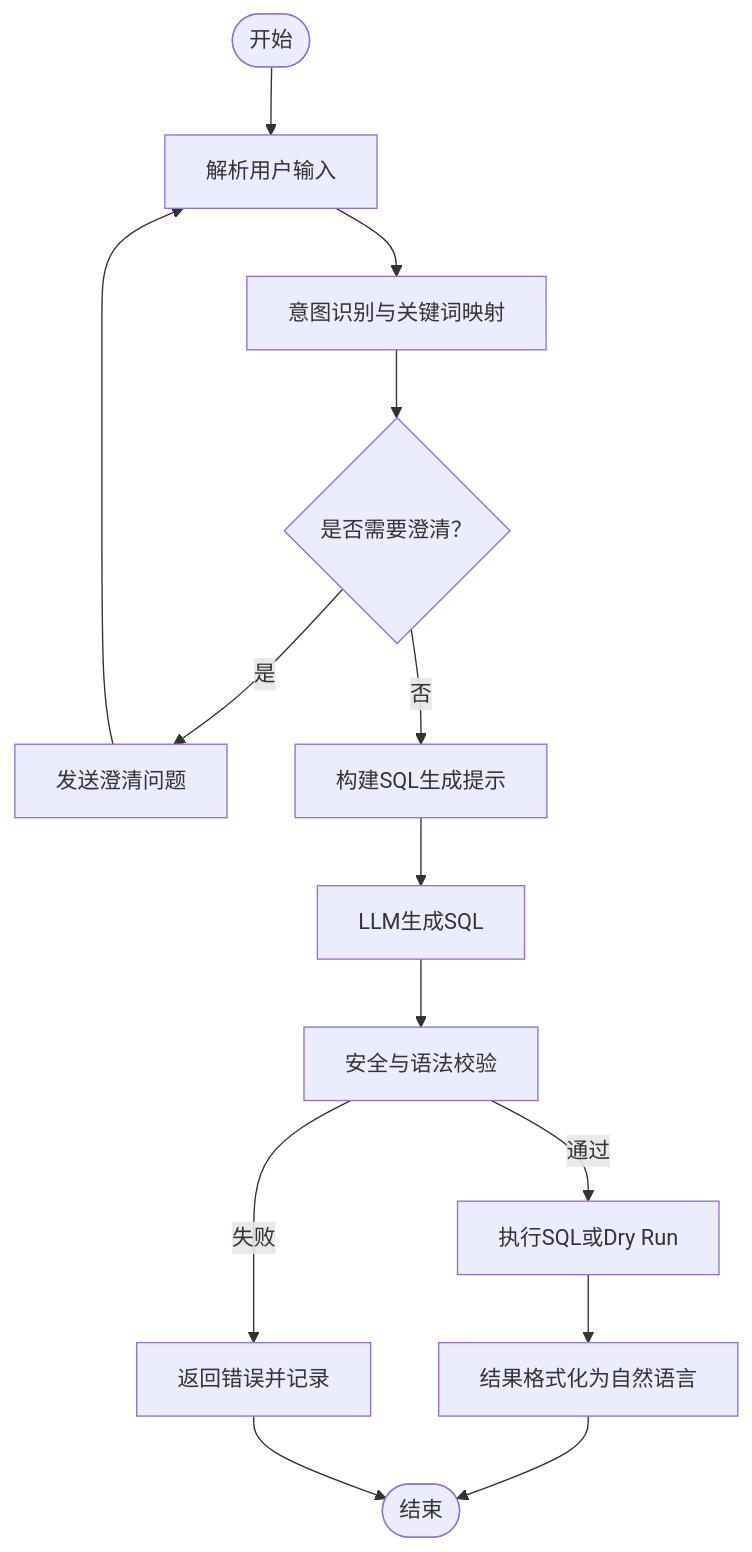
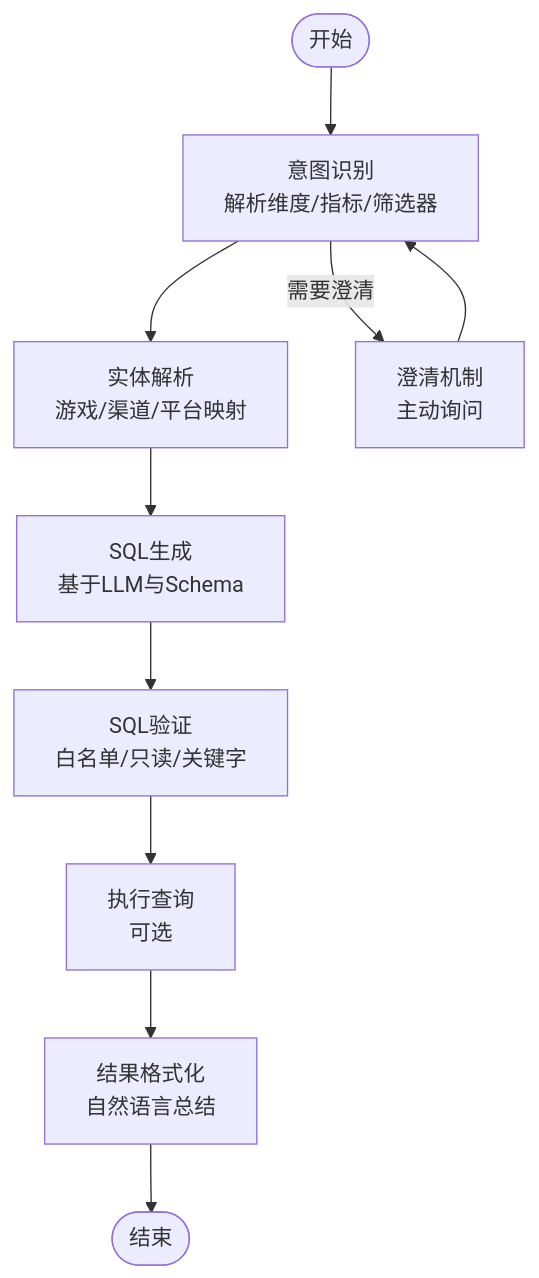
The third of 9 diagrams in NL2SQL/.qoder/repowiki/zh/content/项目概述.md (HanHuiOnLine/724-office), drawn with Mermaid before and after one commit. The commit also changed other lines of this file and 170 other files, not shown here.

````diff
--- a/NL2SQL/.qoder/repowiki/zh/content/项目概述.md
+++ b/NL2SQL/.qoder/repowiki/zh/content/项目概述.md
@@ -168,16 +146,12 @@
 ```mermaid
 flowchart TD
-Start(["开始"]) --> Parse["解析用户输入"]
-Parse --> Intent["意图识别与关键词映射"]
-Intent --> Clarify{"是否需要澄清？"}
-Clarify --> |是| Ask["发送澄清问题"]
-Ask --> Parse
-Clarify --> |否| BuildPrompt["构建SQL生成提示"]
-BuildPrompt --> Generate["LLM生成SQL"]
-Generate --> Validate["安全与语法校验"]
-Validate --> |通过| Exec["执行SQL或Dry Run"]
-Validate --> |失败| Error["返回错误并记录"]
-Exec --> Format["结果格式化为自然语言"]
-Format --> End(["结束"])
-Error --> End
+START(["开始"]) --> INTENT["意图识别<br/>解析维度/指标/筛选器"]
+INTENT --> ENTITY["实体解析<br/>游戏/渠道/平台映射"]
+ENTITY --> GEN["SQL生成<br/>基于LLM与Schema"]
+GEN --> VALID["SQL验证<br/>白名单/只读/关键字"]
+VALID --> EXEC["执行查询<br/>可选"]
+EXEC --> FORMAT["结果格式化<br/>自然语言总结"]
+INTENT --> |需要澄清| CLARIFY["澄清机制<br/>主动询问"]
+CLARIFY --> INTENT
+FORMAT --> END(["结束"])
 ```
````
